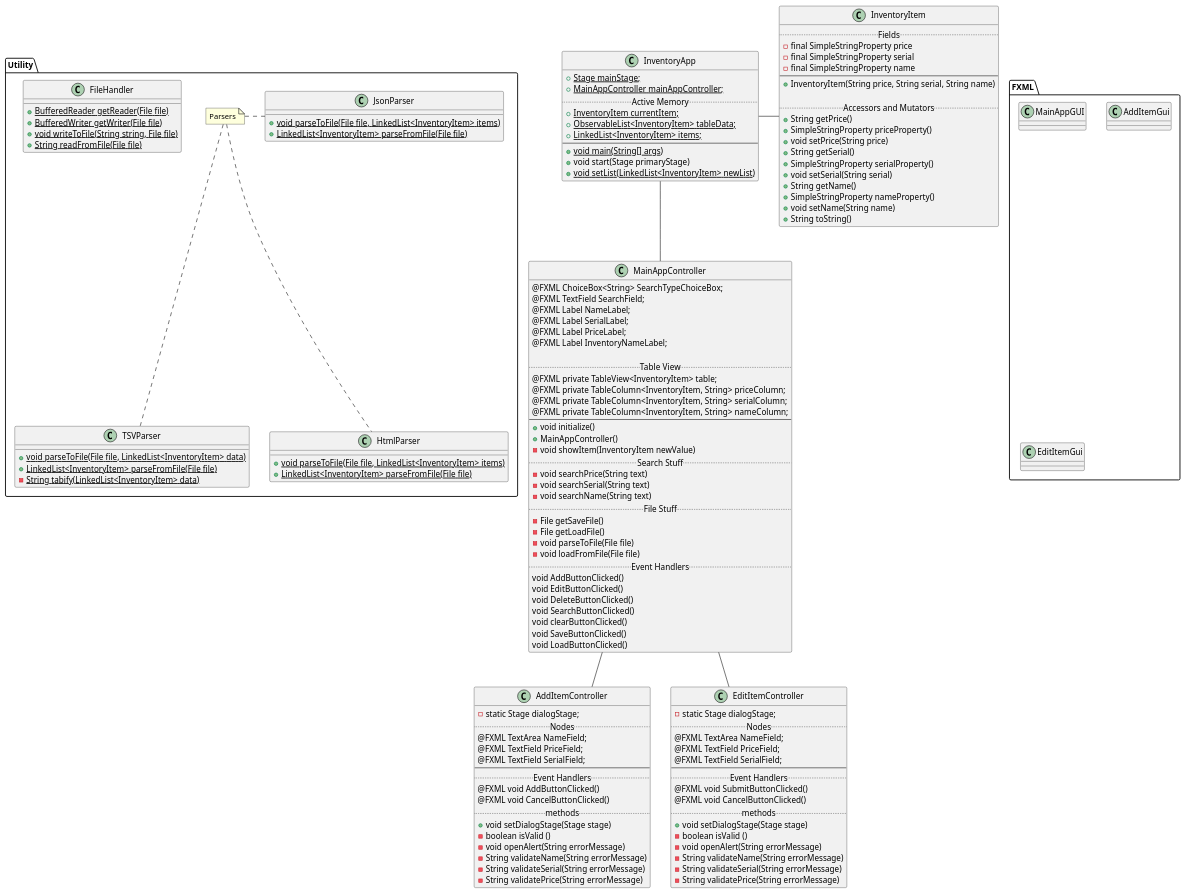
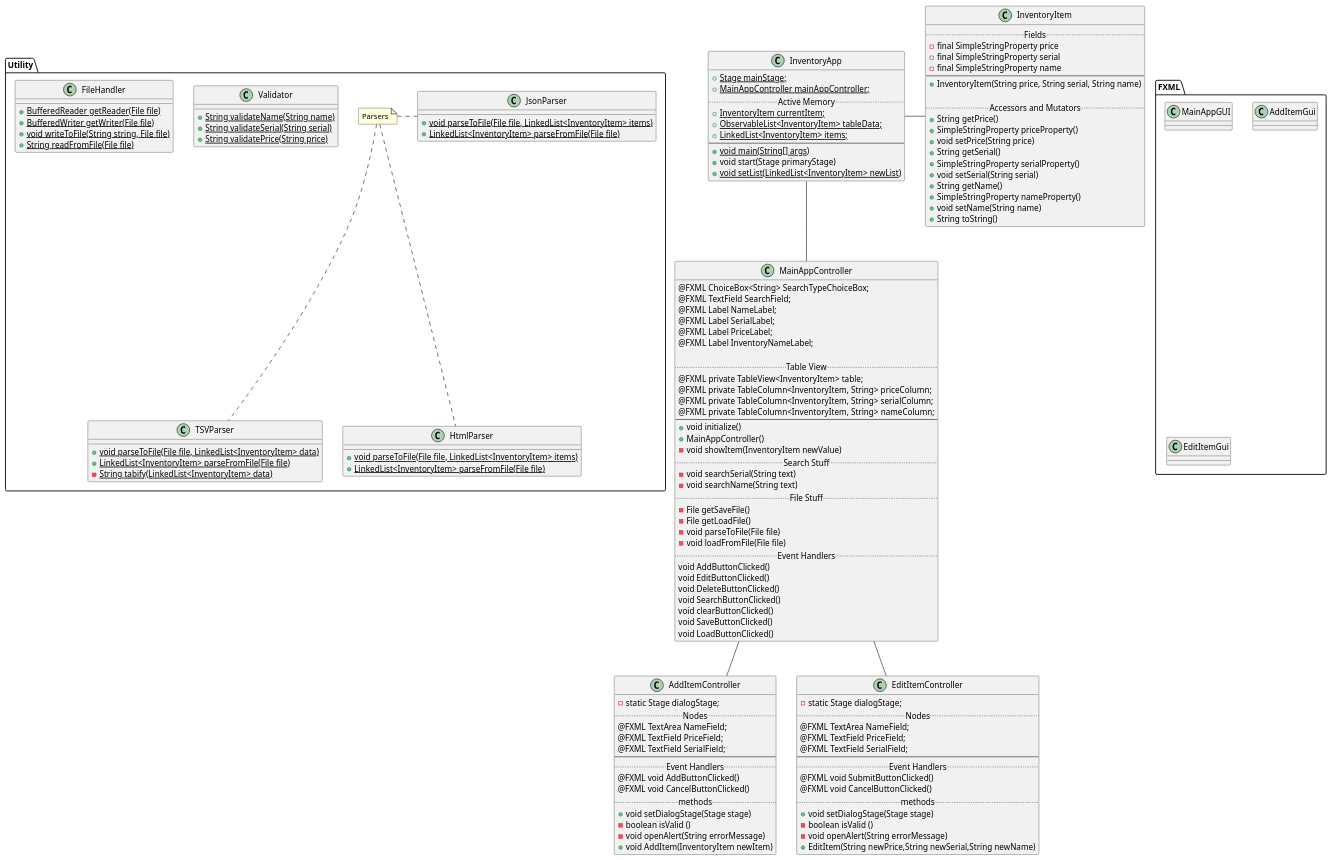
One commit to G00SE-Y/Final-OOP-Project changed the diagram in uml/AppClasses.puml. Above: the diagram before and after it, drawn with PlantUML. The commit also changed 12 other files, not shown here.

```diff
--- a/uml/AppClasses.puml
+++ b/uml/AppClasses.puml
@@ -1,164 +1,165 @@
 @startuml
 'https://plantuml.com/class-diagram
 class InventoryApp {
 + {static} Stage mainStage;
 + {static} MainAppController mainAppController;
 ..Active Memory..
 + {static} InventoryItem currentItem;
 + {static} ObservableList<InventoryItem> tableData;
 + {static} LinkedList<InventoryItem> items;
 --
 + {static} void main(String[] args)
 + void start(Stage primaryStage)
 + {static} void setList(LinkedList<InventoryItem> newList)
 }
 
 
 class MainAppController {
 @FXML ChoiceBox<String> SearchTypeChoiceBox;
 @FXML TextField SearchField;
 @FXML Label NameLabel;
 @FXML Label SerialLabel;
 @FXML Label PriceLabel;
 @FXML Label InventoryNameLabel;
 
 ..Table View..
 @FXML private TableView<InventoryItem> table;
 @FXML private TableColumn<InventoryItem, String> priceColumn;
 @FXML private TableColumn<InventoryItem, String> serialColumn;
 @FXML private TableColumn<InventoryItem, String> nameColumn;
 --
 + void initialize()
 + MainAppController()
 - void showItem(InventoryItem newValue)
 ..Search Stuff..
-- void searchPrice(String text)
 - void searchSerial(String text)
 - void searchName(String text)
 ..File Stuff..
 - File getSaveFile()
 - File getLoadFile()
 - void parseToFile(File file)
 - void loadFromFile(File file)
 ..Event Handlers..
 void AddButtonClicked()
 void EditButtonClicked()
 void DeleteButtonClicked()
 void SearchButtonClicked()
 void clearButtonClicked()
 void SaveButtonClicked()
 void LoadButtonClicked()
 }
 
 
 class AddItemController {
 - static Stage dialogStage;
 ..Nodes..
 @FXML TextArea NameField;
 @FXML TextField PriceField;
 @FXML TextField SerialField;
 --
 ..Event Handlers..
 @FXML void AddButtonClicked()
 @FXML void CancelButtonClicked()
 ..methods..
 + void setDialogStage(Stage stage)
 - boolean isValid ()
 - void openAlert(String errorMessage)
-- String validateName(String errorMessage)
-- String validateSerial(String errorMessage)
-- String validatePrice(String errorMessage)
++ void AddItem(InventoryItem newItem)
 }
 
 class EditItemController {
 - static Stage dialogStage;
 ..Nodes..
 @FXML TextArea NameField;
 @FXML TextField PriceField;
 @FXML TextField SerialField;
 --
 ..Event Handlers..
 @FXML void SubmitButtonClicked()
 @FXML void CancelButtonClicked()
 ..methods..
 + void setDialogStage(Stage stage)
 - boolean isValid ()
 - void openAlert(String errorMessage)
-- String validateName(String errorMessage)
-- String validateSerial(String errorMessage)
-- String validatePrice(String errorMessage)
++ EditItem(String newPrice,String newSerial,String newName)
 }
 
 
 class InventoryItem {
 ..Fields..
 - final SimpleStringProperty price
 - final SimpleStringProperty serial
 - final SimpleStringProperty name
 --
 + InventoryItem(String price, String serial, String name)
 
 ..Accessors and Mutators..
 + String getPrice()
 + SimpleStringProperty priceProperty()
 + void setPrice(String price)
 + String getSerial()
 + SimpleStringProperty serialProperty()
 + void setSerial(String serial)
 + String getName()
 + SimpleStringProperty nameProperty()
 + void setName(String name)
 + String toString()
 }
 
 
 
 
 
 package Utility {
+class Validator {
++ {static} String validateName(String name)
++ {static} String validateSerial(String serial)
++ {static} String validatePrice(String price)
+}
+
 class FileHandler {
 +{static} BufferedReader getReader(File file)
 +{static} BufferedWriter getWriter(File file)
 +{static} void writeToFile(String string, File file)
 +{static} String readFromFile(File file)
 }
 
 class TSVParser {
 + {static} void parseToFile(File file, LinkedList<InventoryItem> data)
 + {static} LinkedList<InventoryItem> parseFromFile(File file)
 - {static} String tabify(LinkedList<InventoryItem> data)
 }
 
 class JsonParser {
 + {static} void parseToFile(File file, LinkedList<InventoryItem> items)
 + {static} LinkedList<InventoryItem> parseFromFile(File file)
 }
 
 class HtmlParser {
 + {static} void parseToFile(File file, LinkedList<InventoryItem> items)
 + {static} LinkedList<InventoryItem> parseFromFile(File file)
 }
 
 note "Parsers" as n1
 
 n1 .. TSVParser
 n1 . JsonParser
 n1 .. HtmlParser
 }
 
 package FXML {
 class MainAppGUI
 class AddItemGui
 class EditItemGui
 }
 
 
 
 InventoryApp - InventoryItem
 InventoryApp -- MainAppController
 
 
 MainAppController -- AddItemController
 MainAppController -- EditItemController
 
 @enduml
```
